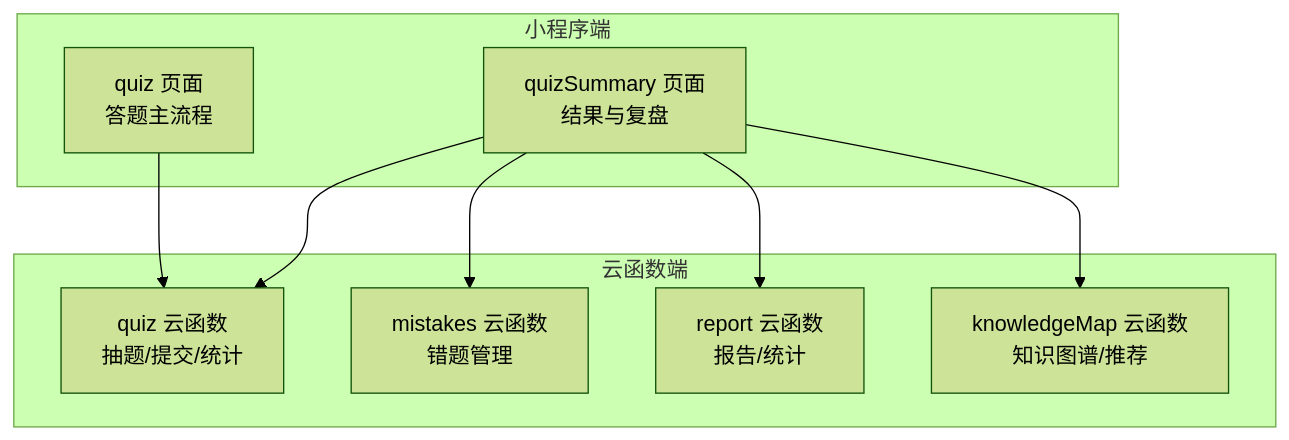
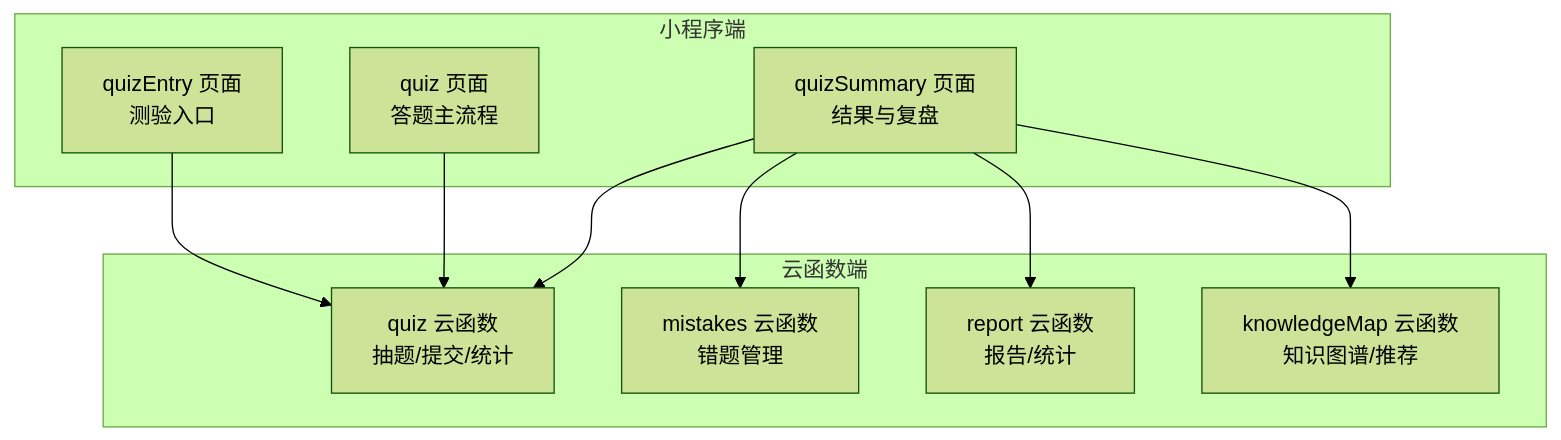
The first of 6 diagrams in .qoder/repowiki/zh/content/API接口文档/测验系统API.md (cwb7756/bio), drawn with Mermaid (forest theme) before and after one commit. The commit also changed other lines of this file and 46 other files, not shown here.

````diff
--- a/.qoder/repowiki/zh/content/API接口文档/测验系统API.md
+++ b/.qoder/repowiki/zh/content/API接口文档/测验系统API.md
@@ -34,18 +43,20 @@
 ```mermaid
 graph TB
 subgraph "小程序端"
+QE["quizEntry 页面<br/>测验入口"]
 Q["quiz 页面<br/>答题主流程"]
 QS["quizSummary 页面<br/>结果与复盘"]
 end
 subgraph "云函数端"
 QZ["quiz 云函数<br/>抽题/提交/统计"]
 MK["mistakes 云函数<br/>错题管理"]
 RP["report 云函数<br/>报告/统计"]
 KM["knowledgeMap 云函数<br/>知识图谱/推荐"]
 end
+QE --> QZ
 Q --> QZ
 QS --> QZ
 QS --> MK
 QS --> RP
 QS --> KM
 ```
````
